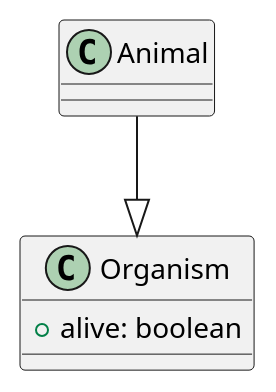
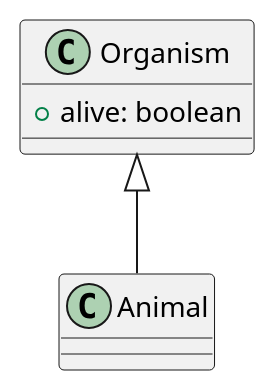
One commit to amercier/inheritance.js changed the diagram in docs/img/example-inherit.plantuml. Above: the diagram before and after it, drawn with PlantUML. The commit also changed 3 other files, not shown here.

Commit message:
Updated UML diagrams

```diff
--- a/docs/img/example-inherit.plantuml
+++ b/docs/img/example-inherit.plantuml
@@ -1,9 +1,9 @@
 @startuml
 
 class Organism {
   + alive: boolean
 }
 
-Animal --|> Organism
+Organism <|-- Animal
 
 @enduml
```
